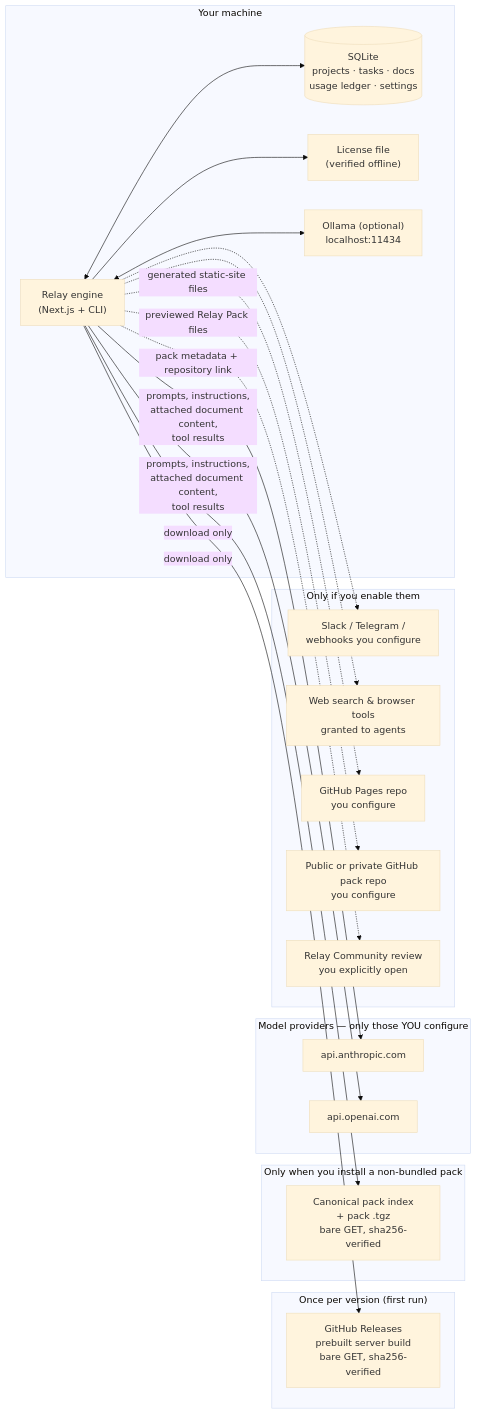
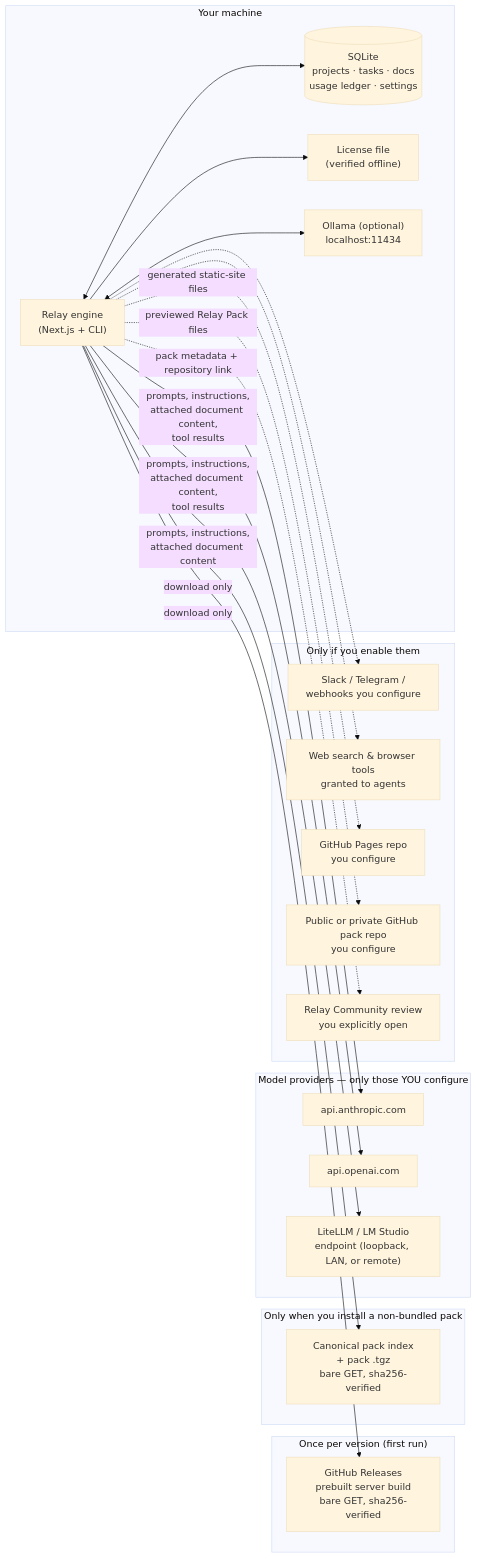
Before and after one commit to orionfold/relay: the diagram in docs/trust/data-flow.md, drawn with Mermaid (base theme). The commit also changed other lines of this file and 42 other files, not shown here.

Commit message:
feat(runtime): add LiteLLM and LM Studio support

````diff
--- a/docs/trust/data-flow.md
+++ b/docs/trust/data-flow.md
@@ -15,43 +15,45 @@
 ```mermaid
 flowchart LR
     subgraph yours["Your machine"]
         relay["Relay engine<br/>(Next.js + CLI)"]
         db[("SQLite<br/>projects · tasks · docs<br/>usage ledger · settings")]
         lic["License file<br/>(verified offline)"]
         ollama["Ollama (optional)<br/>localhost:11434"]
         relay <--> db
         relay --> lic
         relay <--> ollama
     end
 
     subgraph once["Once per version (first run)"]
         gh["GitHub Releases<br/>prebuilt server build<br/>bare GET, sha256-verified"]
     end
 
     subgraph packfetch["Only when you install a non-bundled pack"]
         pidx["Canonical pack index<br/>+ pack .tgz<br/>bare GET, sha256-verified"]
     end
 
     subgraph providers["Model providers — only those YOU configure"]
         ant["api.anthropic.com"]
         oai["api.openai.com"]
+        compatible["LiteLLM / LM Studio<br/>endpoint (loopback, LAN, or remote)"]
     end
 
     subgraph optin["Only if you enable them"]
         chan["Slack / Telegram /<br/>webhooks you configure"]
         tools["Web search & browser tools<br/>granted to agents"]
         pages["GitHub Pages repo<br/>you configure"]
         packrepo["Public or private GitHub pack repo<br/>you configure"]
         review["Relay Community review<br/>you explicitly open"]
     end
 
     relay -->|"download only"| gh
     relay -->|"download only"| pidx
     relay -->|"prompts, instructions,<br/>attached document content,<br/>tool results"| ant
     relay -->|"prompts, instructions,<br/>attached document content,<br/>tool results"| oai
+    relay -->|"prompts, instructions,<br/>attached document content"| compatible
     relay -.-> chan
     relay -.-> tools
     relay -.->|"generated static-site files"| pages
     relay -.->|"previewed Relay Pack files"| packrepo
     relay -.->|"pack metadata + repository link"| review
 ```
````
